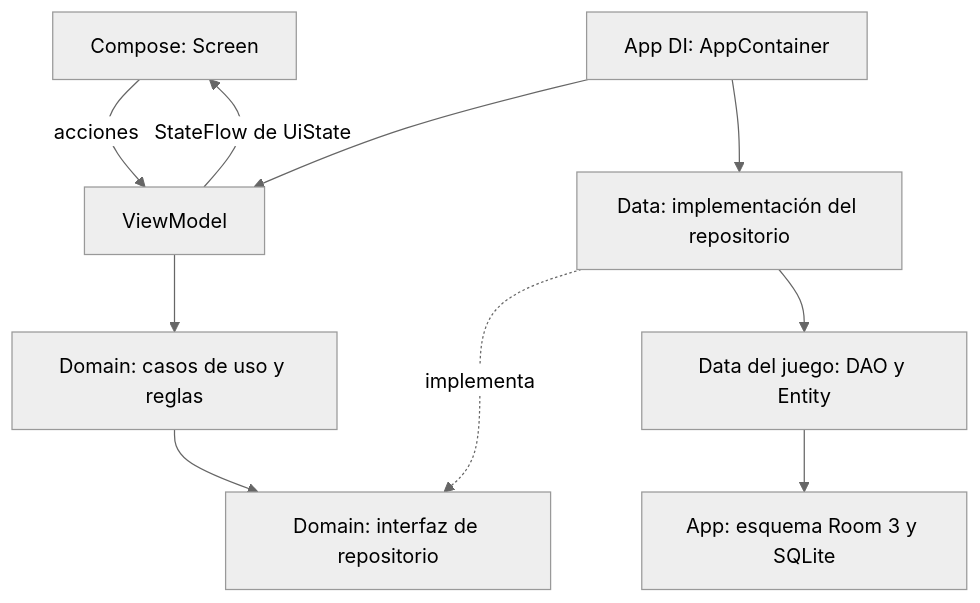
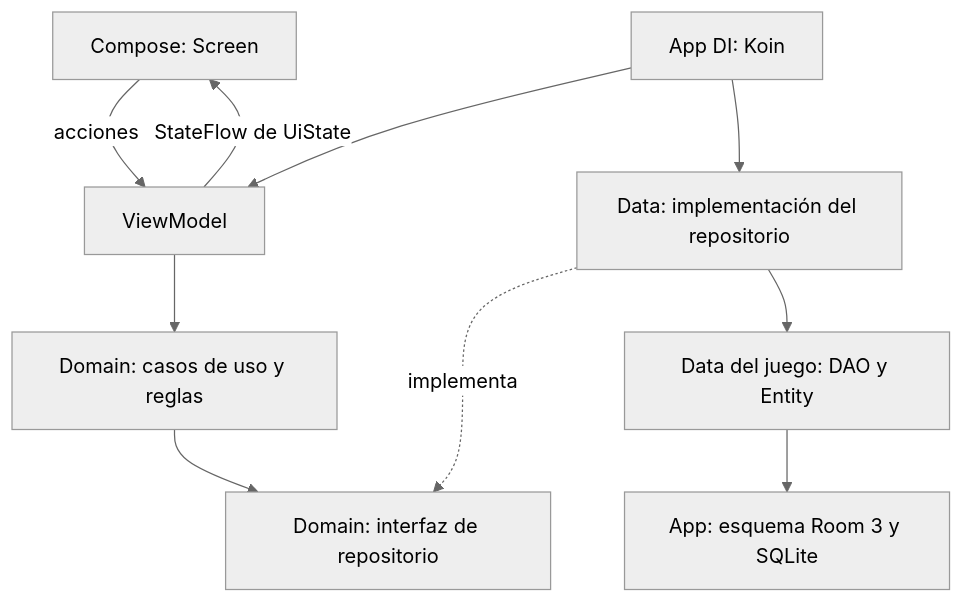
The diagram in docs/ARCHITECTURE.md (BorjaJG/Play-Box), drawn with Mermaid (neutral theme) before and after one commit. The commit also changed other lines of this file and 26 other files, not shown here.

````diff
--- a/docs/ARCHITECTURE.md
+++ b/docs/ARCHITECTURE.md
@@ -5,12 +5,12 @@
 ```mermaid
 flowchart TD
     UI[Compose: Screen] -->|acciones| VM[ViewModel]
     VM -->|StateFlow de UiState| UI
     VM --> UC[Domain: casos de uso y reglas]
     UC --> PORT[Domain: interfaz de repositorio]
     DATA[Data: implementación del repositorio] -. implementa .-> PORT
     DATA --> DAO[Data del juego: DAO y Entity]
     DAO --> DB[App: esquema Room 3 y SQLite]
-    DI[App DI: AppContainer] --> VM
+    DI[App DI: Koin] --> VM
     DI --> DATA
 ```
````
